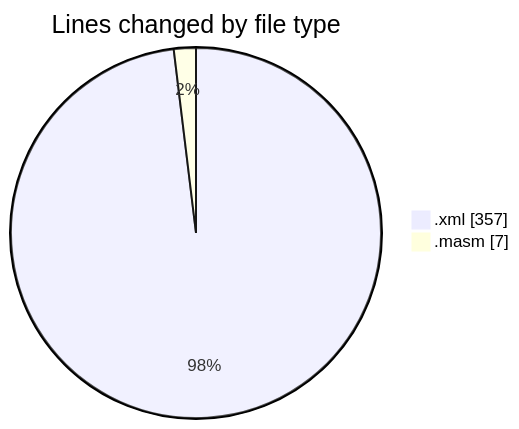
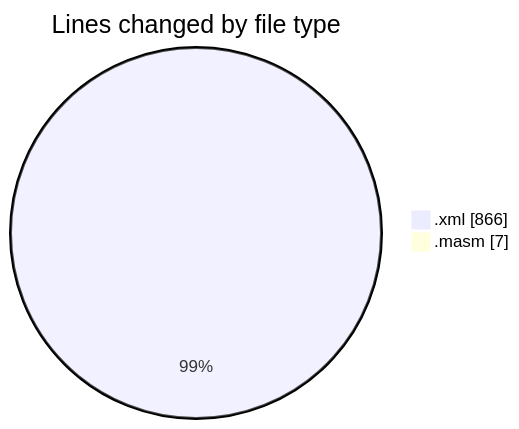
The first of 2 diagrams in 2025-03-11/jmasm/README.md (charlie-sans/code-tracking), drawn with Mermaid before and after one commit. The commit also changed other lines of this file and 1 other file, not shown here.

````diff
--- a/2025-03-11/jmasm/README.md
+++ b/2025-03-11/jmasm/README.md
@@ -21,6 +21,6 @@
 ```mermaid
 pie showData
 title Lines changed by file type
-".xml" : 357
+".xml" : 866
 ".masm" : 7
 ```
````
